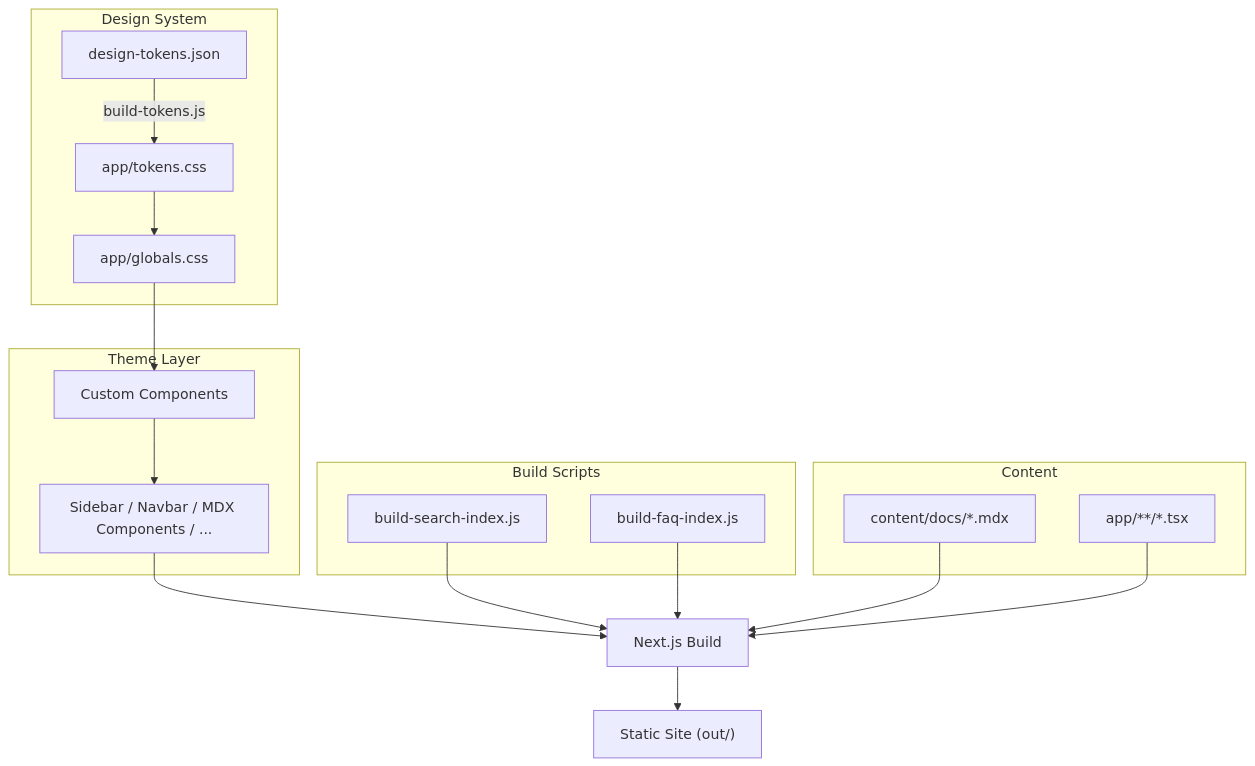
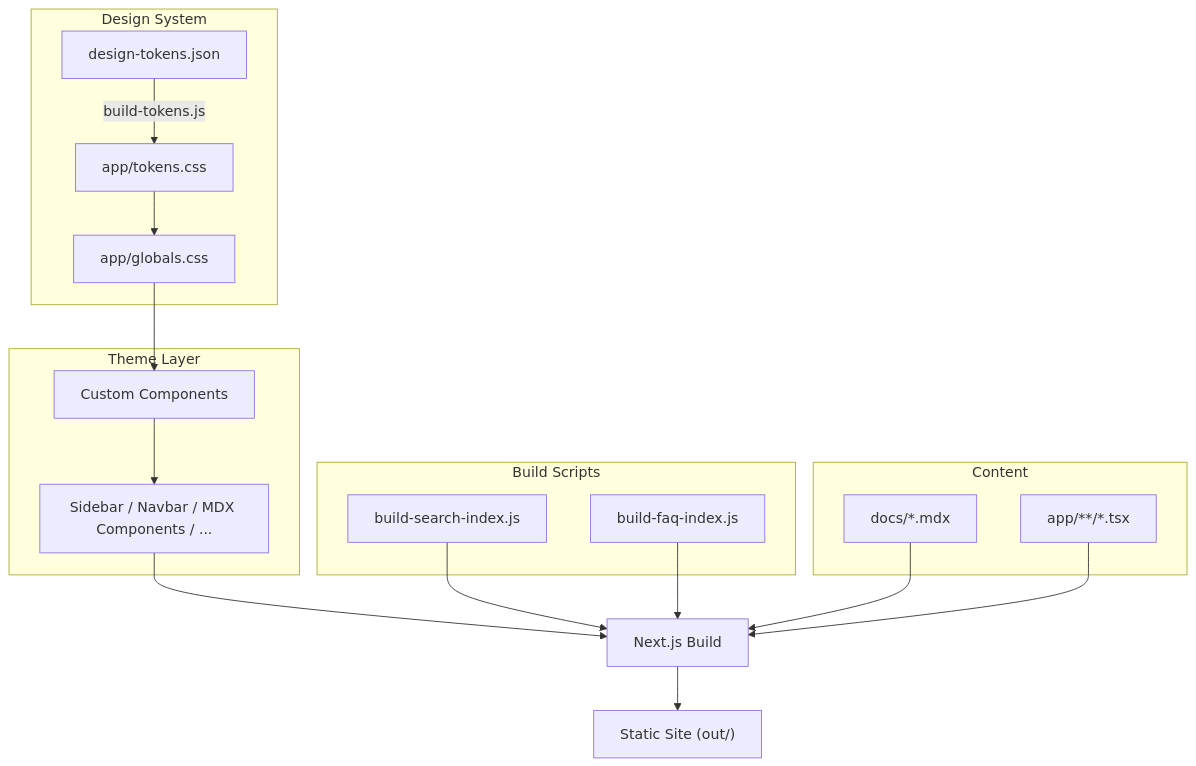
Before and after one commit to pixlngrid/trellis-docs: the diagram in content/docs/overview/architecture.mdx, drawn with Mermaid. The commit also changed other lines of this file and 30 other files, not shown here.

````diff
--- a/content/docs/overview/architecture.mdx
+++ b/content/docs/overview/architecture.mdx
@@ -14,29 +14,29 @@
 ```mermaid
 graph TB
     subgraph "Design System"
         A[design-tokens.json] -->|build-tokens.js| B[app/tokens.css]
         B --> C[app/globals.css]
     end
 
     subgraph "Theme Layer"
         C --> D[Custom Components]
         D --> E[Sidebar / Navbar / MDX Components / ...]
     end
 
     subgraph "Build Scripts"
         F[build-search-index.js]
         G[build-faq-index.js]
     end
 
     subgraph "Content"
-        K[content/docs/*.mdx]
+        K[docs/*.mdx]
         L[app/**/*.tsx]
     end
 
     E --> N[Next.js Build]
     F --> N
     G --> N
     K --> N
     L --> N
     N --> O[Static Site &#40out/&#41]
 ```
````
